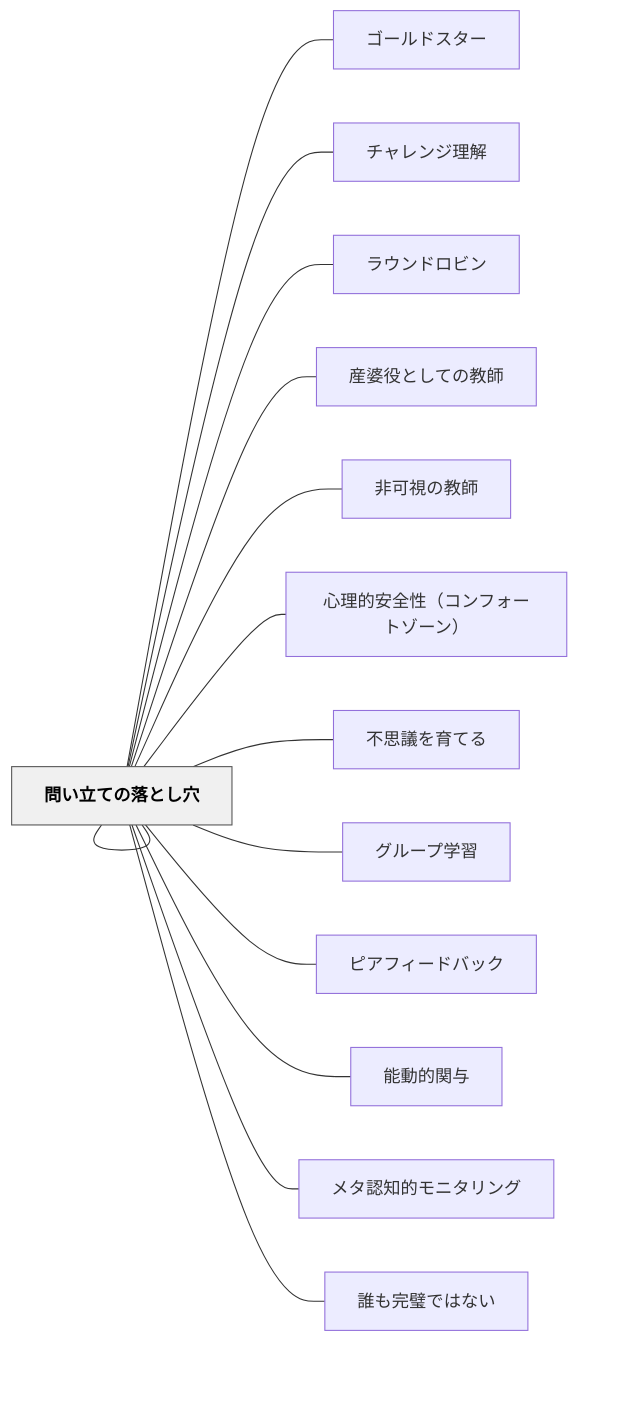
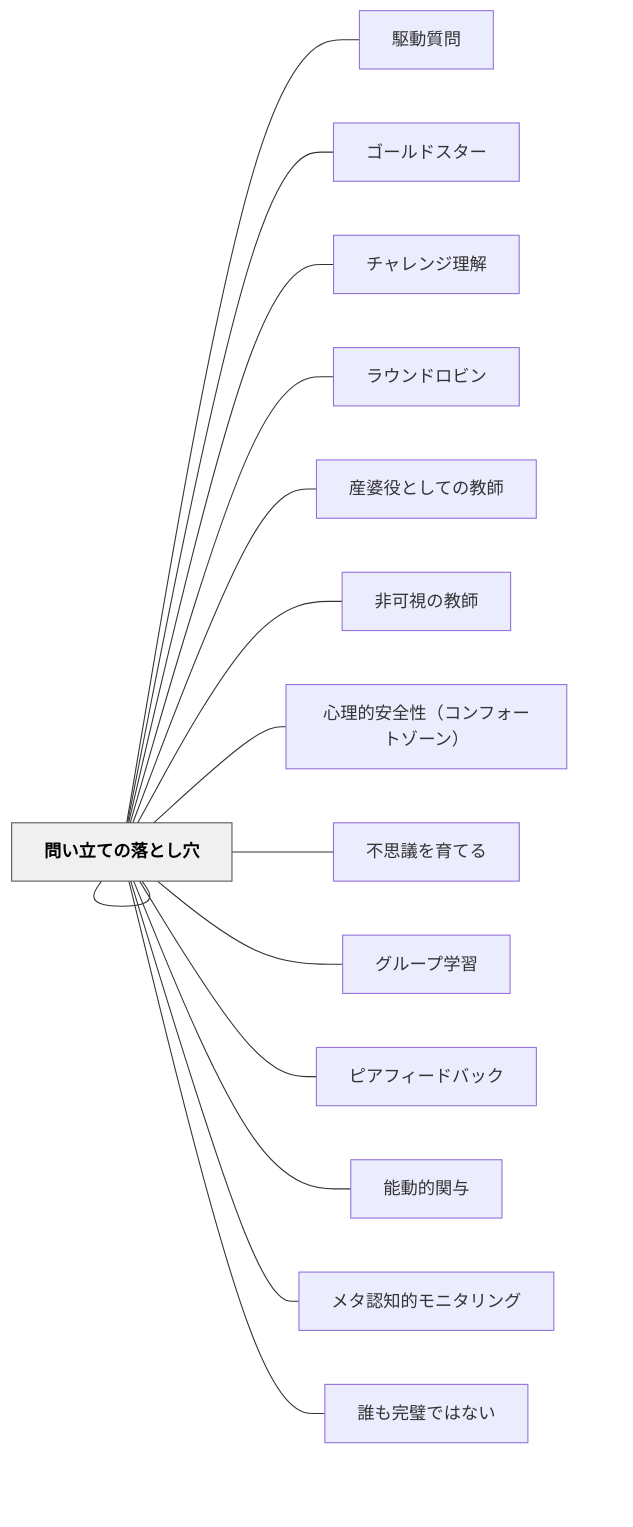
One commit to unknownthings-ed-patterns/unknownthings-ed-patterns changed the diagram in content/パタン/問いを大切にする.md. Above: the diagram before and after it, drawn with Mermaid. The commit also changed other lines of this file and 47 other files, not shown here.

````diff
--- a/content/パタン/問いを大切にする.md
+++ b/content/パタン/問いを大切にする.md
@@ -86,34 +87,36 @@
 ```mermaid
 flowchart LR
     ne5958fe38184["問いを大切にする"]
+    ne9a786e58b95["駆動質問"]
     ne382b4e383bc["ゴールドスター"]
     ne38381e383a3["チャレンジ理解"]
     ne383a9e382a6["ラウンドロビン"]
     ne794a3e5a986["産婆役としての教師"]
     ne99d9ee58faf["非可視の教師"]
     ne5bf83e79086["心理的安全性（コンフォートゾーン）"]
     ne4b88de6809d["不思議を育てる"]
     ne382b0e383ab["グループ学習"]
     ne38394e382a2["ピアフィードバック"]
     ne883bde58b95["能動的関与"]
     ne383a1e382bf["メタ認知的モニタリング"]
     ne8aab0e38282["誰も完璧ではない"]
     ne5958fe38184["問い立ての落とし穴"]
 
+    ne5958fe38184 --- ne9a786e58b95
     ne5958fe38184 --- ne382b4e383bc
     ne5958fe38184 --- ne38381e383a3
     ne5958fe38184 --- ne383a9e382a6
     ne5958fe38184 --- ne794a3e5a986
     ne5958fe38184 --- ne99d9ee58faf
     ne5958fe38184 --- ne5bf83e79086
     ne5958fe38184 --- ne4b88de6809d
     ne5958fe38184 --- ne382b0e383ab
     ne5958fe38184 --- ne38394e382a2
     ne5958fe38184 --- ne883bde58b95
     ne5958fe38184 --- ne383a1e382bf
     ne5958fe38184 --- ne8aab0e38282
     ne5958fe38184 --- ne5958fe38184
 
     classDef hub fill:#f0f0f0,stroke:#555,color:#000,font-weight:bold
     class ne5958fe38184 hub
 ```
````
